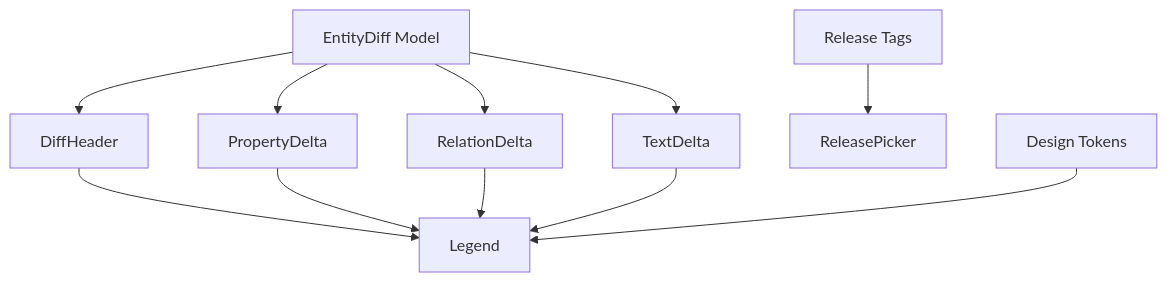
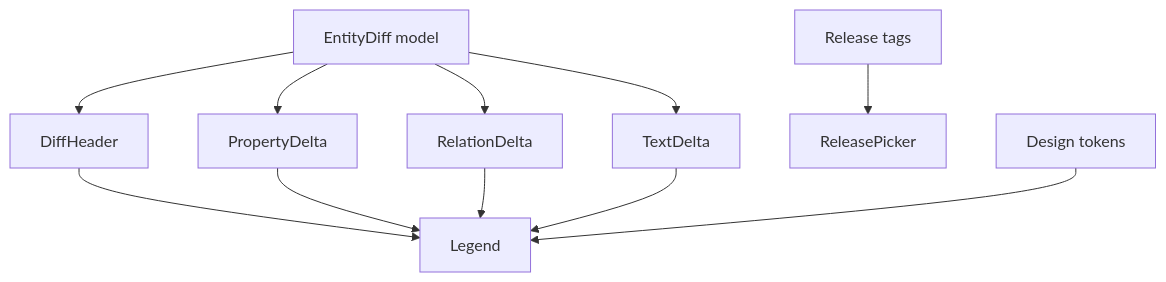
One commit to bartytime4life/Kansas-Frontier-Matrix changed the first of 8 diagrams in web/src/entities/diff-first/components/README.md. Above: the diagram before and after it, drawn with Mermaid. The commit also changed other lines of this file, not shown here.

Commit message:
Update README.md for Diff-First components

````diff
--- a/web/src/entities/diff-first/components/README.md
+++ b/web/src/entities/diff-first/components/README.md
@@ -67,13 +67,13 @@
 ```mermaid
 flowchart TD
-    DIFF[EntityDiff Model] --> HEAD[DiffHeader]
+    DIFF[EntityDiff model] --> HEAD[DiffHeader]
     DIFF --> PROP[PropertyDelta]
     DIFF --> REL[RelationDelta]
     DIFF --> TXT[TextDelta]
-    META[Release Tags] --> RP[ReleasePicker]
-    TOK[Design Tokens] --> LEG[Legend]
+    TAGS[Release tags] --> RP[ReleasePicker]
+    TOK[Design tokens] --> LEG[Legend]
     HEAD --> LEG
     PROP --> LEG
     REL --> LEG
     TXT --> LEG
 ```
````
